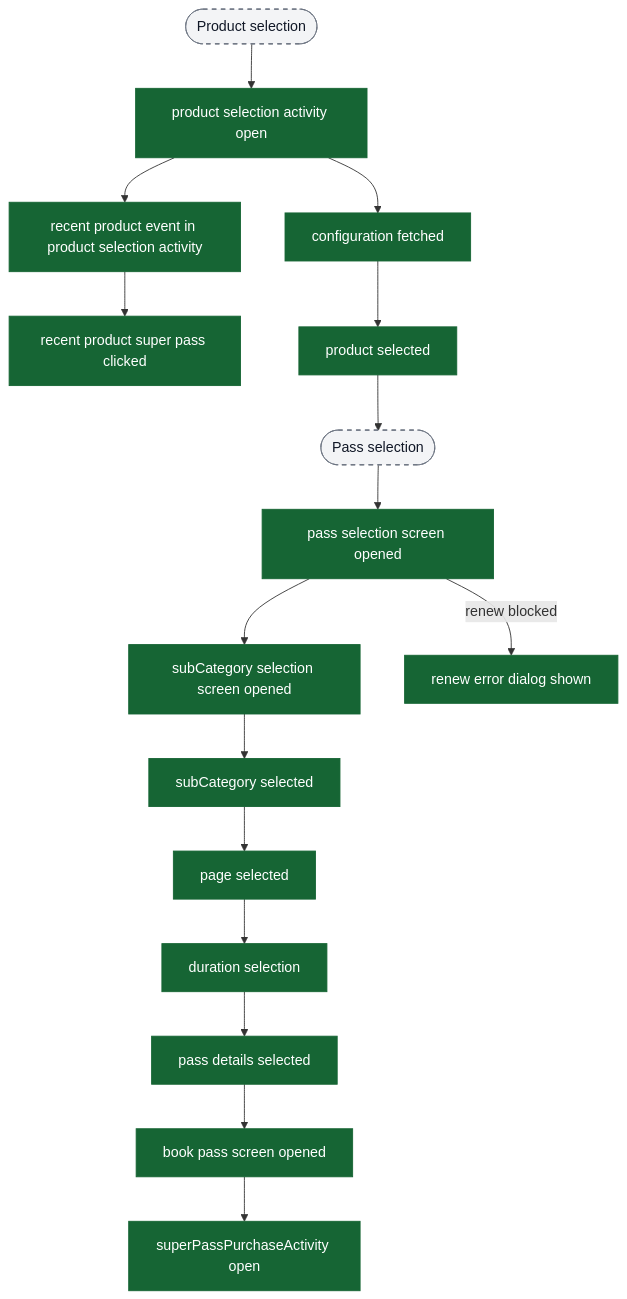
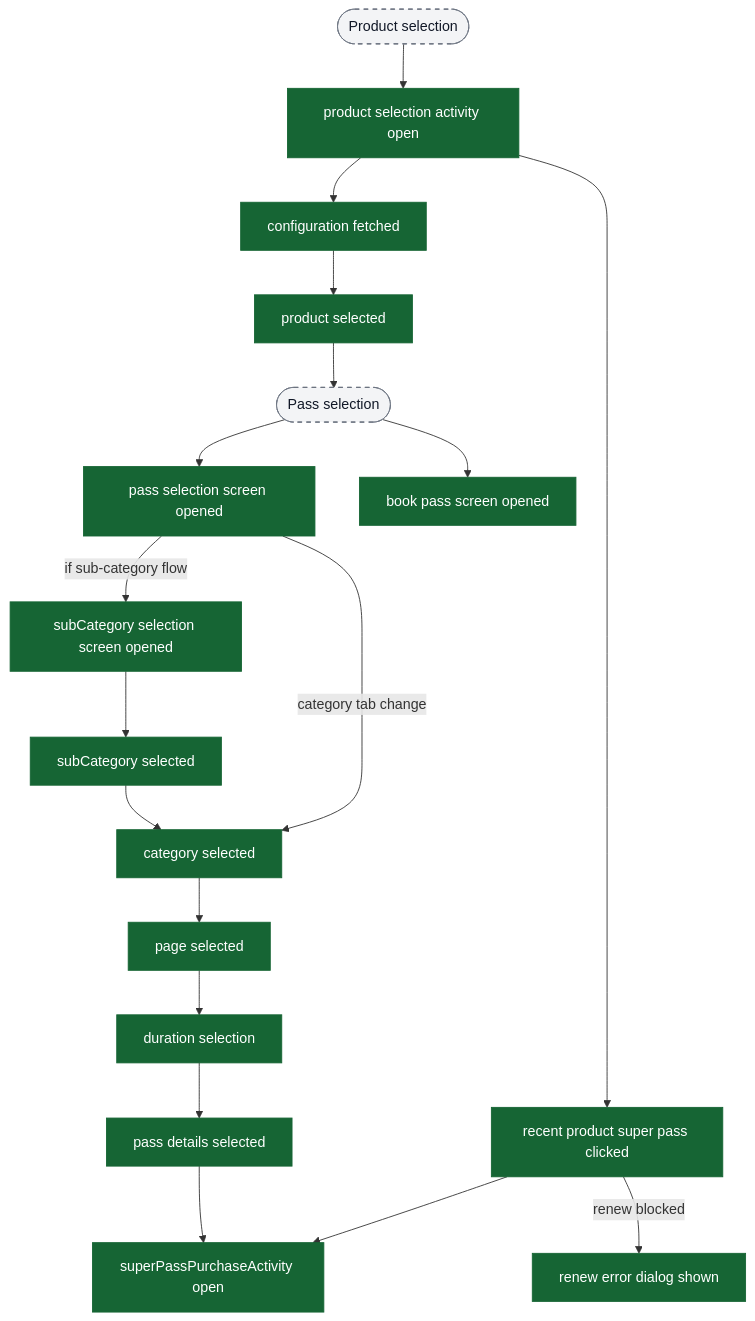
Before and after one commit to ratulsarna/chalo-app-dashboard: the second of 10 diagrams in content/analytics/super-pass-purchase/flow-diagrams.md, drawn with Mermaid. The commit also changed other lines of this file and 1 other file, not shown here.

Commit message:
feat(analytics): add category selection event and update flow diagrams for super pass purchase

````diff
--- a/content/analytics/super-pass-purchase/flow-diagrams.md
+++ b/content/analytics/super-pass-purchase/flow-diagrams.md
@@ -32,30 +32,33 @@
 ```mermaid
 flowchart TD
+  %%chalo:diagram-link ev_purchaseActivityOpen -> title:Entry → start destination (what funnel should branch on)
   ui_productSelection([Product selection]) --> ev_productSelectionOpen["product selection activity open"]
   ev_productSelectionOpen --> ev_configFetched["configuration fetched"]
 
-  ev_productSelectionOpen --> ev_recentEvent["recent product event in product selection activity"]
-  ev_recentEvent --> ev_recentSuperPass["recent product super pass clicked"]
+  ev_productSelectionOpen --> ev_recentSuperPass["recent product super pass clicked"]
+  ev_recentSuperPass --> ev_purchaseActivityOpen["superPassPurchaseActivity open"]
 
   ev_configFetched --> ev_productSelected["product selected"]
   ev_productSelected --> ui_passSelection([Pass selection])
   ui_passSelection --> ev_passSelectionOpen["pass selection screen opened"]
+  ui_passSelection --> ev_bookPass["book pass screen opened"]
 
-  ev_passSelectionOpen --> ev_subCategoryOpen["subCategory selection screen opened"]
+  ev_passSelectionOpen -->|if sub-category flow| ev_subCategoryOpen["subCategory selection screen opened"]
   ev_subCategoryOpen --> ev_subCategorySelected["subCategory selected"]
 
-  ev_subCategorySelected --> ev_pageSelected["page selected"]
+  ev_passSelectionOpen -->|category tab change| ev_categorySelected["category selected"]
+  ev_subCategorySelected --> ev_categorySelected
+  ev_categorySelected --> ev_pageSelected["page selected"]
   ev_pageSelected --> ev_duration["duration selection"]
   ev_duration --> ev_passDetails["pass details selected"]
 
-  ev_passDetails --> ev_bookPass["book pass screen opened"]
-  ev_bookPass --> ev_purchaseActivityOpen["superPassPurchaseActivity open"]
+  ev_passDetails --> ev_purchaseActivityOpen
 
-  ev_passSelectionOpen -->|renew blocked| ev_renewError["renew error dialog shown"]
+  ev_recentSuperPass -->|renew blocked| ev_renewError["renew error dialog shown"]
 
   classDef event fill:#166534,stroke:#166534,color:#ffffff;
   classDef ui fill:#f3f4f6,stroke:#6b7280,stroke-dasharray: 5 5,color:#111827;
 
-  class ev_productSelectionOpen,ev_configFetched,ev_recentEvent,ev_recentSuperPass,ev_productSelected,ev_passSelectionOpen,ev_subCategoryOpen,ev_subCategorySelected,ev_pageSelected,ev_duration,ev_passDetails,ev_bookPass,ev_purchaseActivityOpen,ev_renewError event;
+  class ev_productSelectionOpen,ev_configFetched,ev_recentSuperPass,ev_productSelected,ev_passSelectionOpen,ev_bookPass,ev_subCategoryOpen,ev_subCategorySelected,ev_categorySelected,ev_pageSelected,ev_duration,ev_passDetails,ev_purchaseActivityOpen,ev_renewError event;
   class ui_productSelection,ui_passSelection ui;
 ```
````
